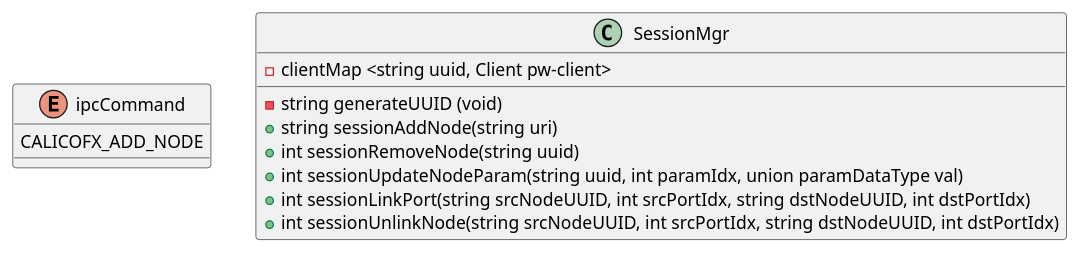
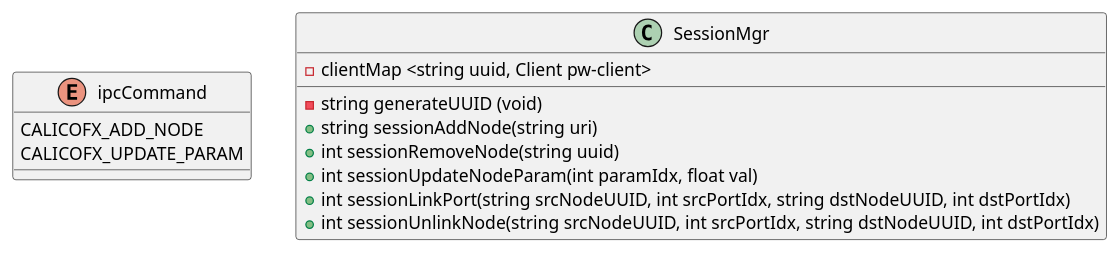
Before and after one commit to abhimanyu-g/calicofx-core: the fourth of 10 diagrams in doc/design.org, drawn with PlantUML. The commit also changed other lines of this file, not shown here.

```diff
--- a/doc/design.org
+++ b/doc/design.org
@@ -81,16 +81,17 @@
 #+begin_src plantuml :file /tmp/calicofx-session-mgr-class-dig.png
   @startuml
   enum ipcCommand{
         CALICOFX_ADD_NODE
+        CALICOFX_UPDATE_PARAM
   }
   class SessionMgr{
         -clientMap <string uuid, Client pw-client>
         -string generateUUID (void)
         +string sessionAddNode(string uri)
         +int sessionRemoveNode(string uuid)
-        +int sessionUpdateNodeParam(string uuid, int paramIdx, union paramDataType val)
+        +int sessionUpdateNodeParam(int paramIdx, float val)
         +int sessionLinkPort(string srcNodeUUID, int srcPortIdx, string dstNodeUUID, int dstPortIdx)
         +int sessionUnlinkNode(string srcNodeUUID, int srcPortIdx, string dstNodeUUID, int dstPortIdx)
   }
   @enduml
 #+end_src
```
